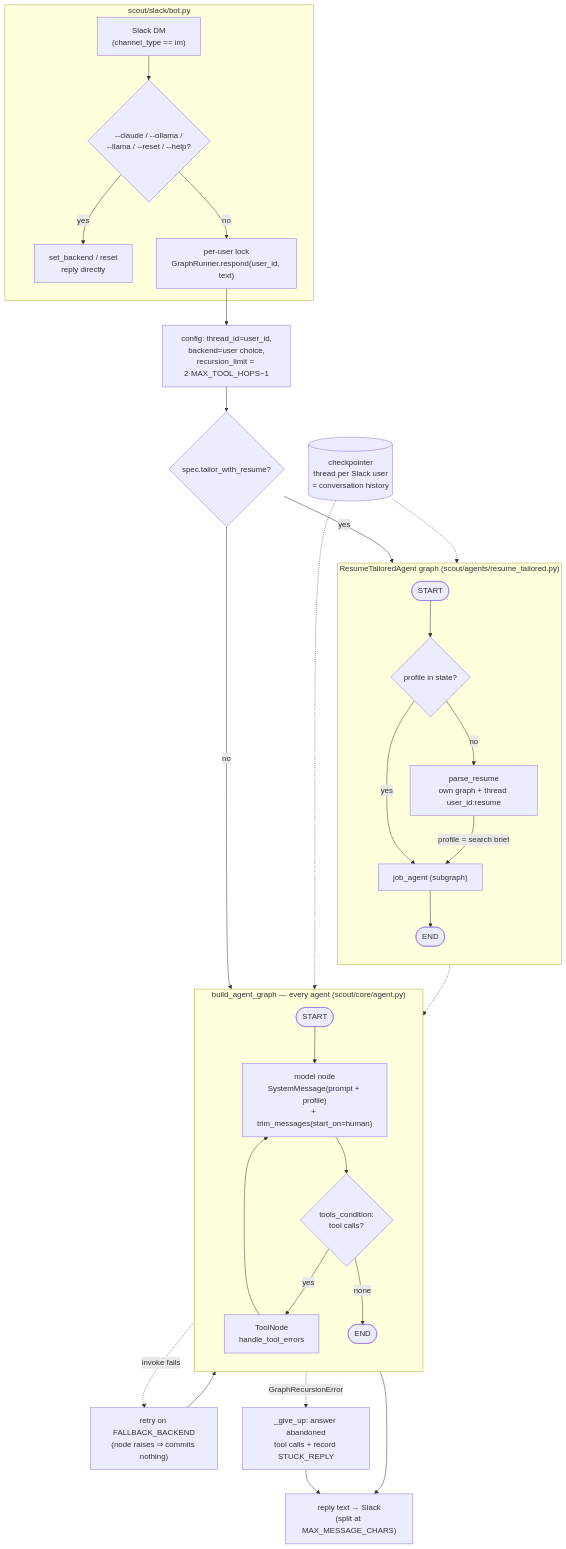
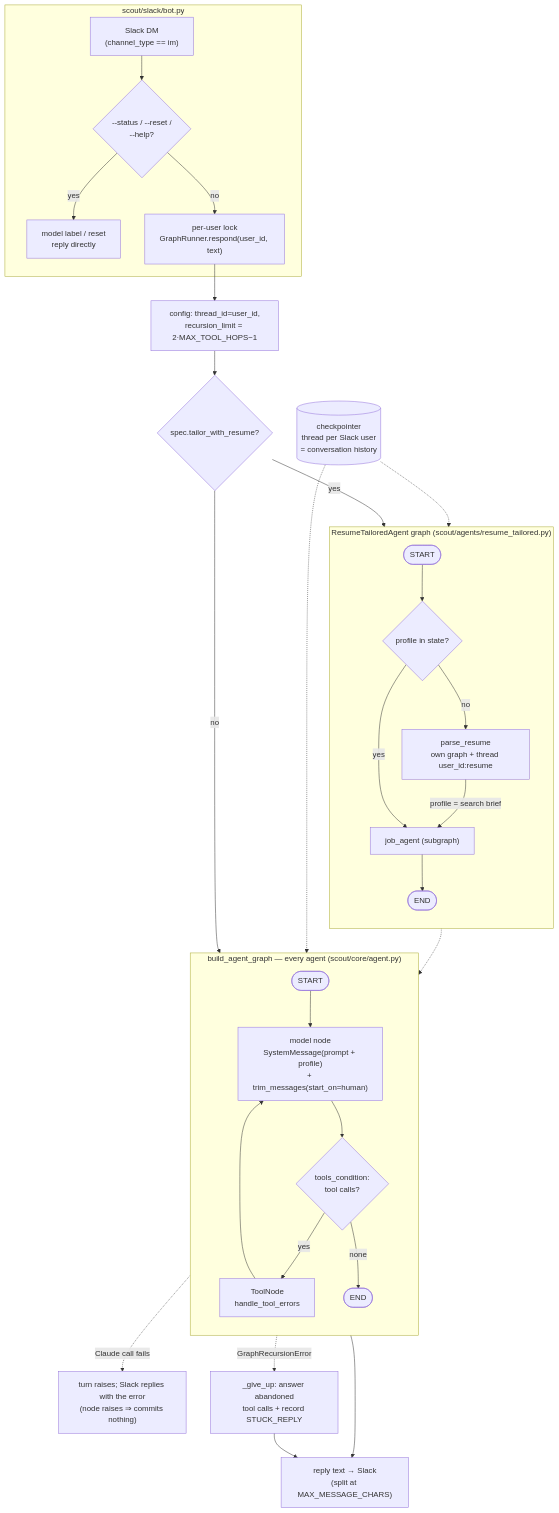
One commit to nikhil-kunapareddy/ScoutAI changed the diagram in docs/architecture.md. Above: the diagram before and after it, drawn with Mermaid. The commit also changed other lines of this file and 42 other files, not shown here.

First line of the commit message:
Run on Claude alone, with no other backend and no fallback

````diff
--- a/docs/architecture.md
+++ b/docs/architecture.md
@@ -100,45 +100,44 @@
 ```mermaid
 flowchart TB
     subgraph slack["scout/slack/bot.py"]
-        DM["Slack DM<br/>(channel_type == im)"] --> CMD{"--claude / --ollama /<br/>--llama / --reset / --help?"}
-        CMD -- yes --> LOCAL["set_backend / reset<br/>reply directly"]
+        DM["Slack DM<br/>(channel_type == im)"] --> CMD{"--status / --reset /<br/>--help?"}
+        CMD -- yes --> LOCAL["model label / reset<br/>reply directly"]
         CMD -- no --> LOCK["per-user lock<br/>GraphRunner.respond(user_id, text)"]
     end
 
-    LOCK --> CFG["config: thread_id=user_id,<br/>backend=user choice,<br/>recursion_limit = 2·MAX_TOOL_HOPS−1"]
+    LOCK --> CFG["config: thread_id=user_id,<br/>recursion_limit = 2·MAX_TOOL_HOPS−1"]
 
     CFG --> TAILOR{"spec.tailor_with_resume?"}
 
     TAILOR -- no --> LOOP
     TAILOR -- yes --> OUTER
 
     subgraph OUTER["ResumeTailoredAgent graph (scout/agents/resume_tailored.py)"]
         direction TB
         R0([START]) --> R1{"profile in state?"}
         R1 -- yes --> R3["job_agent (subgraph)"]
         R1 -- no --> R2["parse_resume<br/>own graph + thread user_id:resume"]
         R2 -- "profile = search brief" --> R3
         R3 --> R4([END])
     end
 
     R3 -.-> LOOP
 
     subgraph LOOP["build_agent_graph — every agent (scout/core/agent.py)"]
         direction TB
         G0([START]) --> M["model node<br/>SystemMessage(prompt + profile)<br/>+ trim_messages(start_on=human)"]
         M --> TC{"tools_condition:<br/>tool calls?"}
         TC -- yes --> T["ToolNode<br/>handle_tool_errors"]
         T --> M
         TC -- none --> G1([END])
     end
 
-    M -. "invoke fails" .-> FB["retry on FALLBACK_BACKEND<br/>(node raises ⇒ commits nothing)"]
-    FB --> M
+    M -. "Claude call fails" .-> ERR["turn raises; Slack replies with the error<br/>(node raises ⇒ commits nothing)"]
 
     G1 --> OUT["reply text → Slack<br/>(split at MAX_MESSAGE_CHARS)"]
     LOOP -. "GraphRecursionError" .-> GIVEUP["_give_up: answer abandoned<br/>tool calls + record STUCK_REPLY"]
     GIVEUP --> OUT
 
     CKPT[("checkpointer<br/>thread per Slack user<br/>= conversation history")] -.-> LOOP
     CKPT -.-> OUTER
 ```
````
